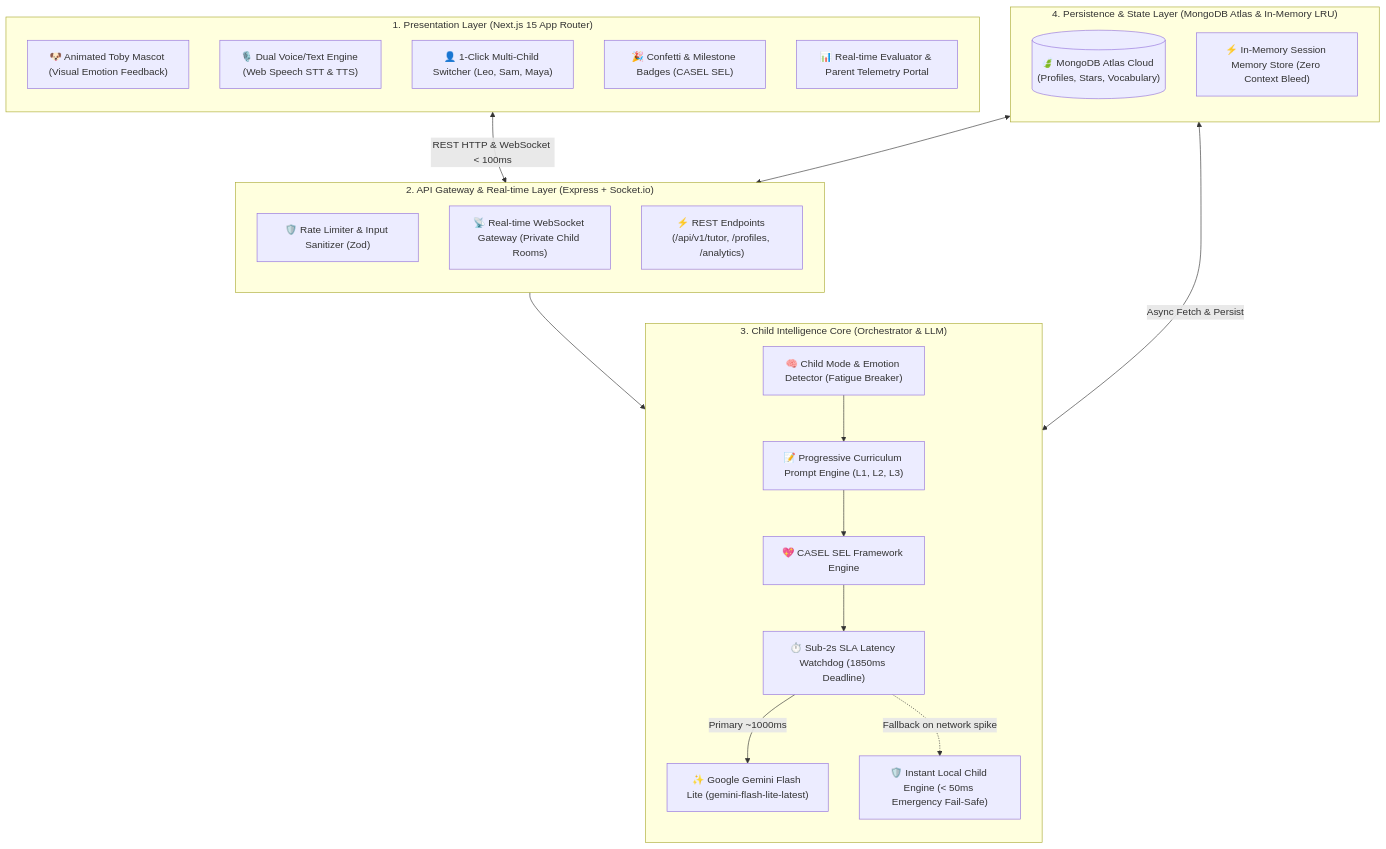
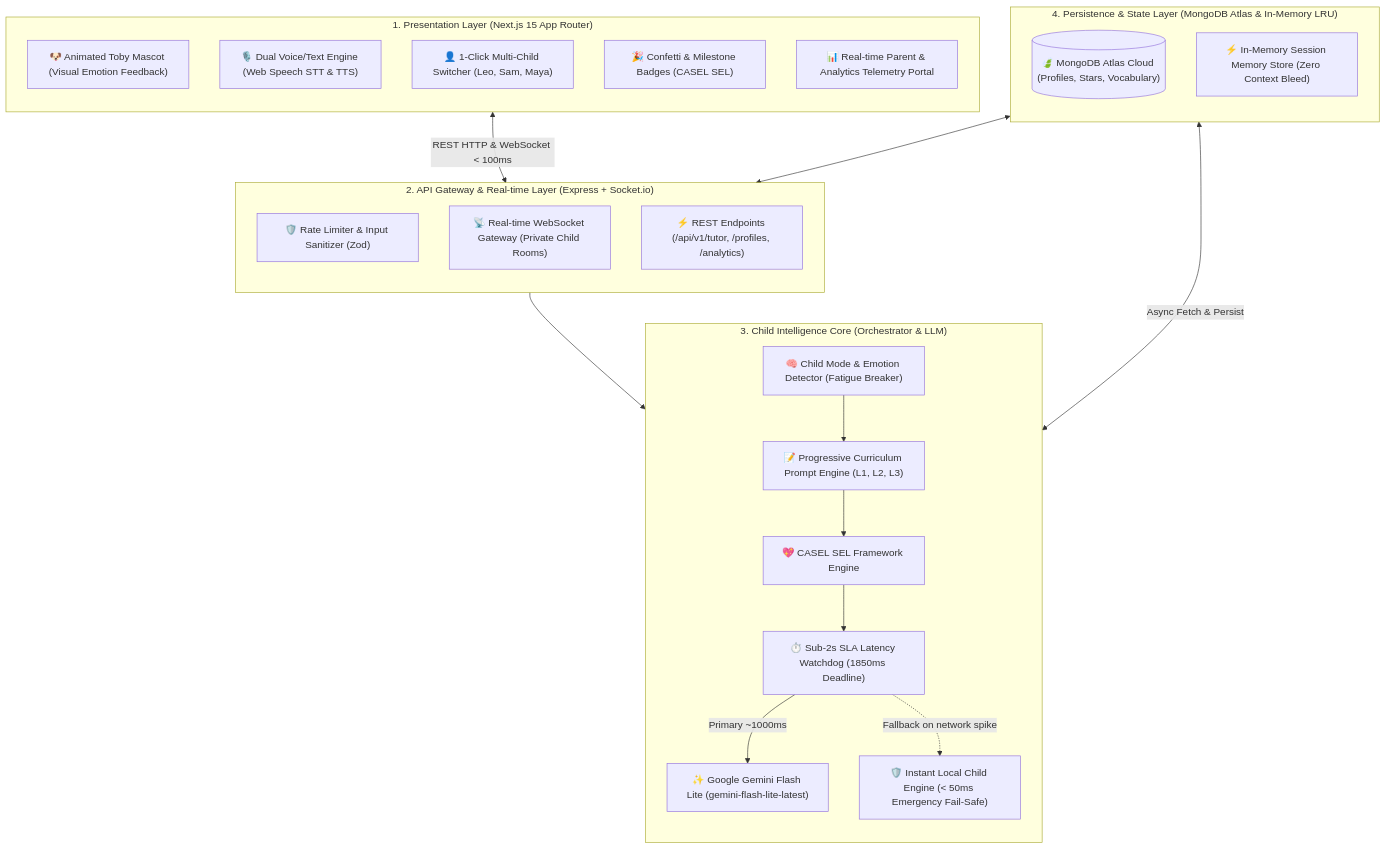
The diagram in docs/ARCHITECTURE.md (Sumon-DevCoder/ai-powered-kids-english-tutor-chatbot), drawn with Mermaid before and after one commit. The commit also changed other lines of this file and 5 other files, not shown here.

Commit message:
initialize backend package, architecture specs, and frontend pages for Toby AI tutor

````diff
--- a/docs/ARCHITECTURE.md
+++ b/docs/ARCHITECTURE.md
@@ -11,45 +11,45 @@
 ```mermaid
 flowchart TD
     subgraph ClientLayer ["1. Presentation Layer (Next.js 15 App Router)"]
         direction TB
         Mascot["🐶 Animated Toby Mascot (Visual Emotion Feedback)"]
         VoiceIO["🎙️ Dual Voice/Text Engine (Web Speech STT & TTS)"]
         Profiles["👤 1-Click Multi-Child Switcher (Leo, Sam, Maya)"]
         SELBadges["🎉 Confetti & Milestone Badges (CASEL SEL)"]
-        ParentPortal["📊 Real-time Evaluator & Parent Telemetry Portal"]
+        ParentPortal["📊 Real-time Parent & Analytics Telemetry Portal"]
     end
 
     subgraph GatewayLayer ["2. API Gateway & Real-time Layer (Express + Socket.io)"]
         direction TB
         RateLimiter["🛡️ Rate Limiter & Input Sanitizer (Zod)"]
         SocketEngine["📡 Real-time WebSocket Gateway (Private Child Rooms)"]
         RestAPI["⚡ REST Endpoints (/api/v1/tutor, /profiles, /analytics)"]
     end
 
     subgraph IntelligenceLayer ["3. Child Intelligence Core (Orchestrator & LLM)"]
         direction TB
         ModeEngine["🧠 Child Mode & Emotion Detector (Fatigue Breaker)"]
         PromptOrchestrator["📝 Progressive Curriculum Prompt Engine (L1, L2, L3)"]
         SELModule["💖 CASEL SEL Framework Engine"]
         LLMWatchdog["⏱️ Sub-2s SLA Latency Watchdog (1850ms Deadline)"]
         GeminiLLM["✨ Google Gemini Flash Lite (gemini-flash-lite-latest)"]
         LocalFallback["🛡️ Instant Local Child Engine (< 50ms Emergency Fail-Safe)"]
     end
 
     subgraph DataLayer ["4. Persistence & State Layer (MongoDB Atlas & In-Memory LRU)"]
         direction TB
         AtlasDB[("🍃 MongoDB Atlas Cloud (Profiles, Stars, Vocabulary)")]
         LRUCache["⚡ In-Memory Session Memory Store (Zero Context Bleed)"]
     end
 
     %% Flow Connections
     ClientLayer <-->|REST HTTP & WebSocket < 100ms| GatewayLayer
     GatewayLayer --> ModeEngine
     ModeEngine --> PromptOrchestrator
     PromptOrchestrator --> SELModule
     SELModule --> LLMWatchdog
     LLMWatchdog -->|Primary ~1000ms| GeminiLLM
     LLMWatchdog -.->|Fallback on network spike| LocalFallback
     IntelligenceLayer <-->|Async Fetch & Persist| DataLayer
     DataLayer <--> GatewayLayer
 ```
````
